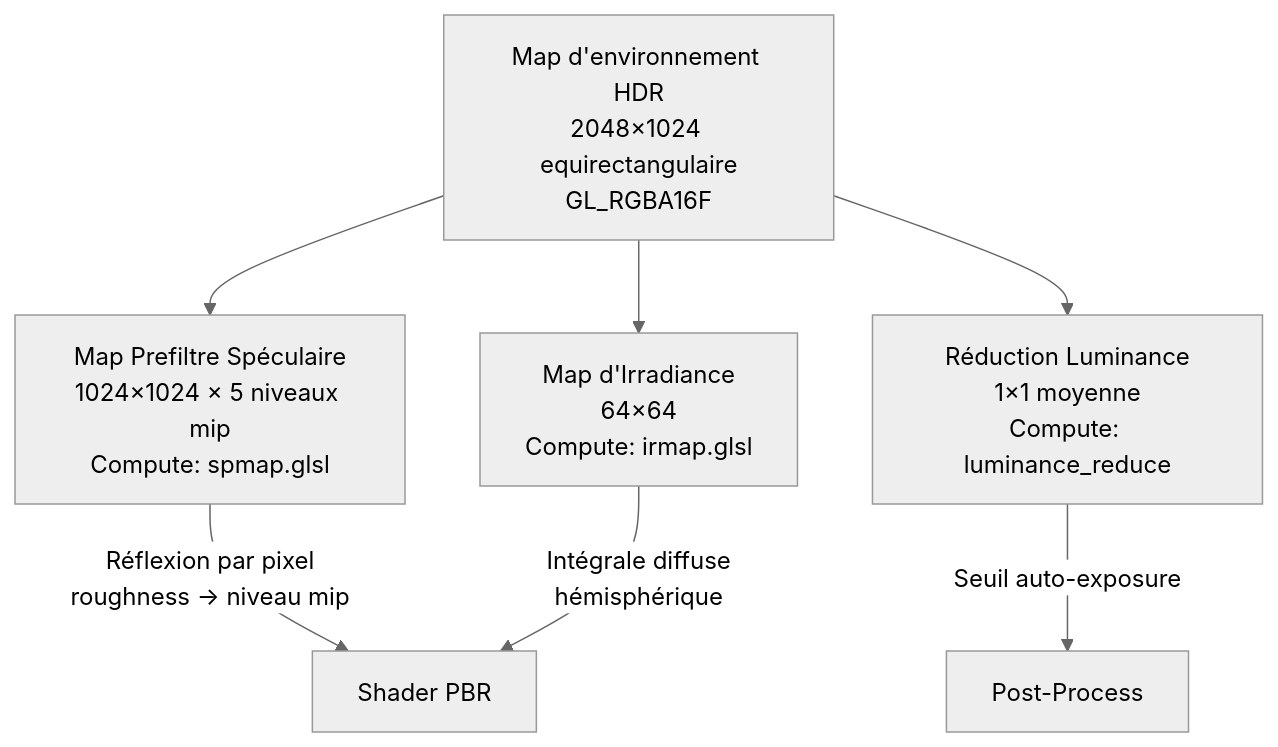
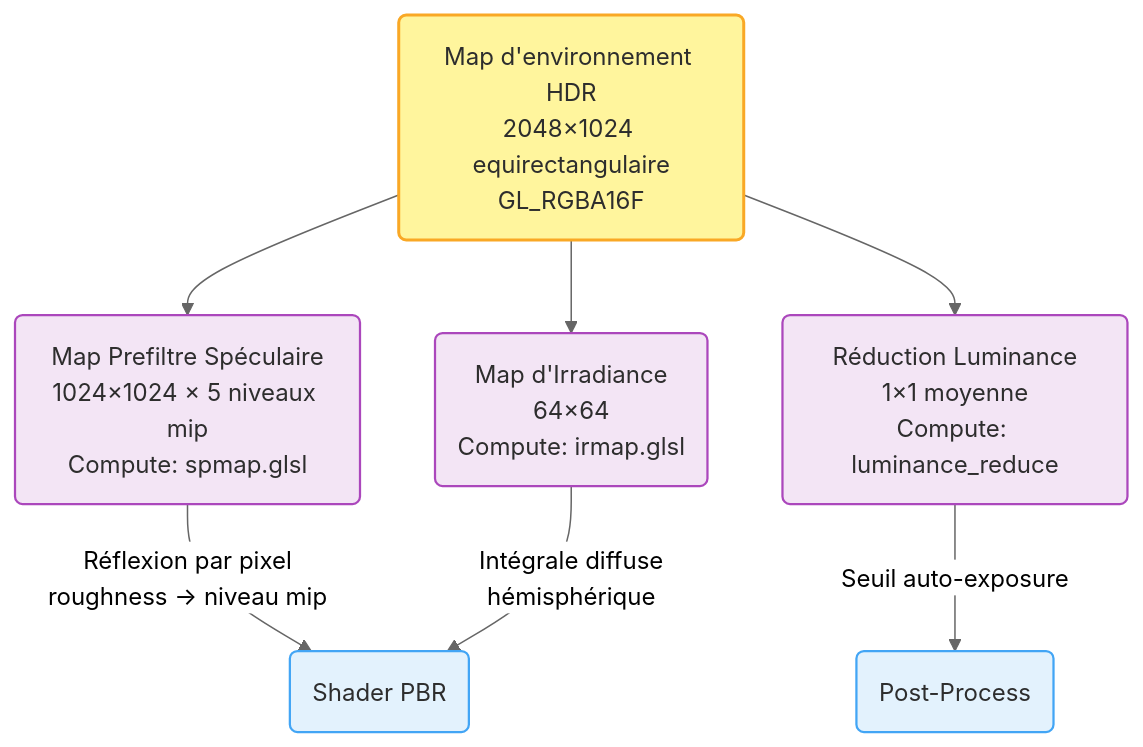
Before and after one commit to yoyonel/blog_source: diagram 11 of 17 in content/suckless-ogl-anatomie-frame.md, drawn with Mermaid (neutral theme). The commit also changed other lines of this file and 4 other files, not shown here.

First line of the commit message:
refactor(mermaid): hand-drawn style + forced light mode for all browsers

```diff
--- a/content/suckless-ogl-anatomie-frame.md
+++ b/content/suckless-ogl-anatomie-frame.md
@@ -554,14 +603,22 @@
 <pre class="mermaid">
 graph TB
-    HDR["Map d'environnement HDR<br/>2048×1024 equirectangulaire<br/>GL_RGBA16F"] --> SPEC
+    HDR("Map d'environnement HDR<br/>2048×1024 equirectangulaire<br/>GL_RGBA16F") --> SPEC
     HDR --> IRR
     HDR --> LUM
 
-    SPEC["Map Prefiltre Spéculaire<br/>1024×1024 × 5 niveaux mip<br/>Compute: spmap.glsl"]
-    IRR["Map d'Irradiance<br/>64×64<br/>Compute: irmap.glsl"]
-    LUM["Réduction Luminance<br/>1×1 moyenne<br/>Compute: luminance_reduce"]
+    SPEC("Map Prefiltre Spéculaire<br/>1024×1024 × 5 niveaux mip<br/>Compute: spmap.glsl")
+    IRR("Map d'Irradiance<br/>64×64<br/>Compute: irmap.glsl")
+    LUM("Réduction Luminance<br/>1×1 moyenne<br/>Compute: luminance_reduce")
 
-    SPEC -->|"Réflexion par pixel<br/>roughness → niveau mip"| PBR["Shader PBR"]
+    SPEC -->|"Réflexion par pixel<br/>roughness → niveau mip"| PBR("Shader PBR")
     IRR -->|"Intégrale diffuse<br/>hémisphérique"| PBR
-    LUM -->|"Seuil auto-exposure"| PP["Post-Process"]
+    LUM -->|"Seuil auto-exposure"| PP("Post-Process")
+
+    classDef keyFunc fill:#fff59d,stroke:#f9a825,stroke-width:2px,color:#2d2d2d
+    classDef compute fill:#f3e5f5,stroke:#ab47bc,stroke-width:1.5px,color:#2d2d2d
+    classDef target fill:#e3f2fd,stroke:#42a5f5,stroke-width:1.5px,color:#2d2d2d
+
+    class HDR keyFunc
+    class SPEC,IRR,LUM compute
+    class PBR,PP target
 </pre>
```
